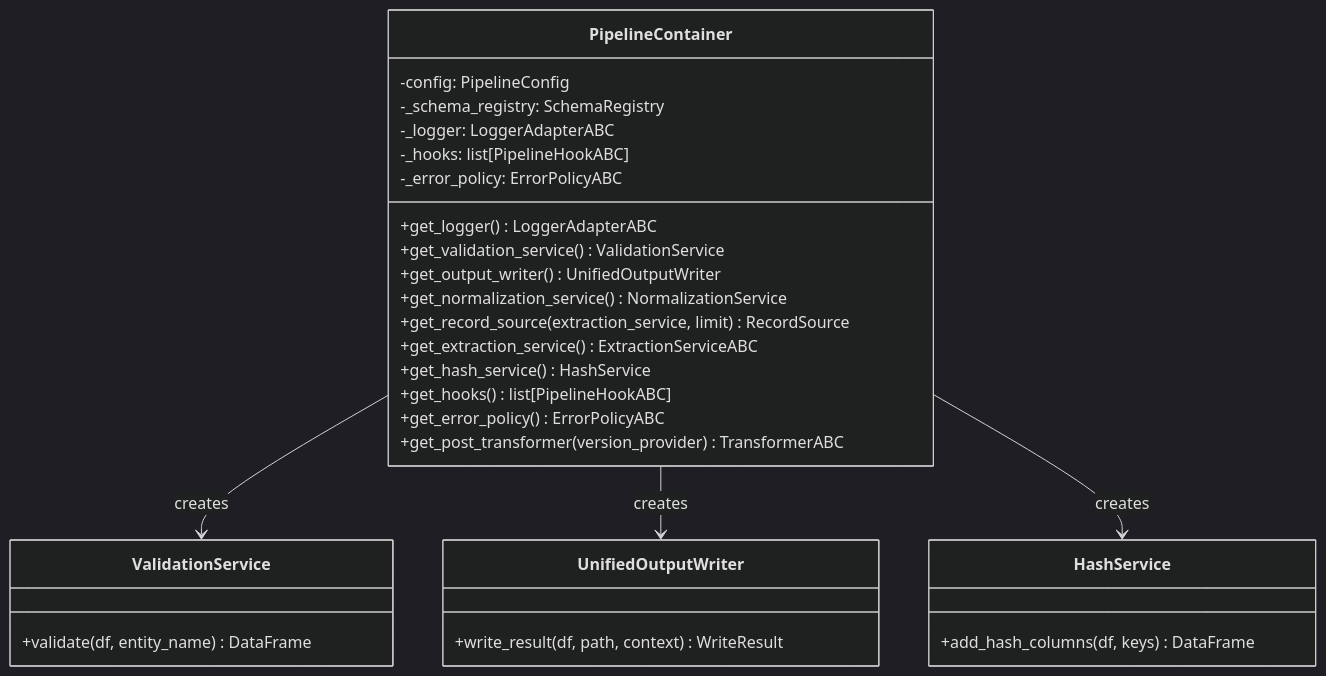
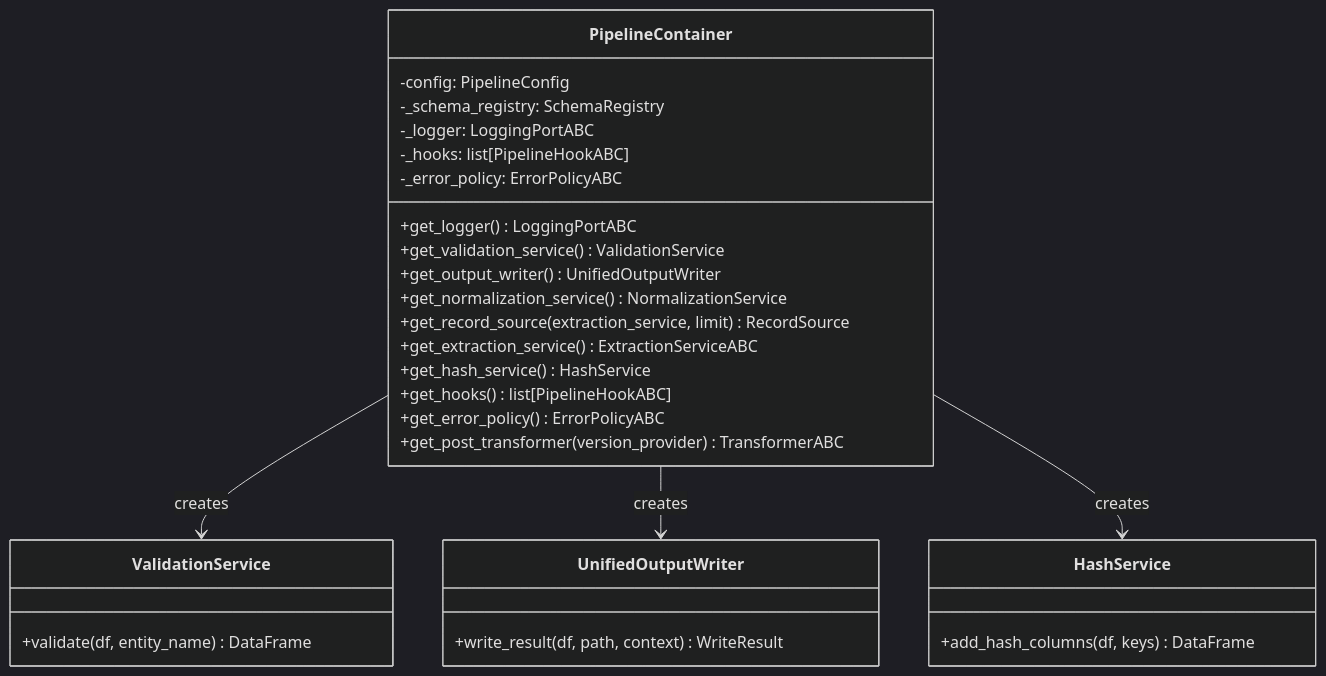
Before and after one commit to SatoryKono/BioactivityDataAcquisition: the second of 10 diagrams in docs/architecture/13-class-diagrams-application.md, drawn with Mermaid (dark theme). The commit also changed other lines of this file and 24 other files, not shown here.

````diff
--- a/docs/architecture/13-class-diagrams-application.md
+++ b/docs/architecture/13-class-diagrams-application.md
@@ -48,36 +48,36 @@
 ```mermaid
 classDiagram
     class PipelineContainer {
         -config: PipelineConfig
         -_schema_registry: SchemaRegistry
-        -_logger: LoggerAdapterABC
+        -_logger: LoggingPortABC
         -_hooks: list[PipelineHookABC]
         -_error_policy: ErrorPolicyABC
-        +get_logger() LoggerAdapterABC
+        +get_logger() LoggingPortABC
         +get_validation_service() ValidationService
         +get_output_writer() UnifiedOutputWriter
         +get_normalization_service() NormalizationService
         +get_record_source(extraction_service, limit) RecordSource
         +get_extraction_service() ExtractionServiceABC
         +get_hash_service() HashService
         +get_hooks() list[PipelineHookABC]
         +get_error_policy() ErrorPolicyABC
         +get_post_transformer(version_provider) TransformerABC
     }
 
     class ValidationService {
         +validate(df, entity_name) DataFrame
     }
 
     class UnifiedOutputWriter {
         +write_result(df, path, context) WriteResult
     }
 
     class HashService {
         +add_hash_columns(df, keys) DataFrame
     }
 
     PipelineContainer --> ValidationService : creates
     PipelineContainer --> UnifiedOutputWriter : creates
     PipelineContainer --> HashService : creates
 ```
````
